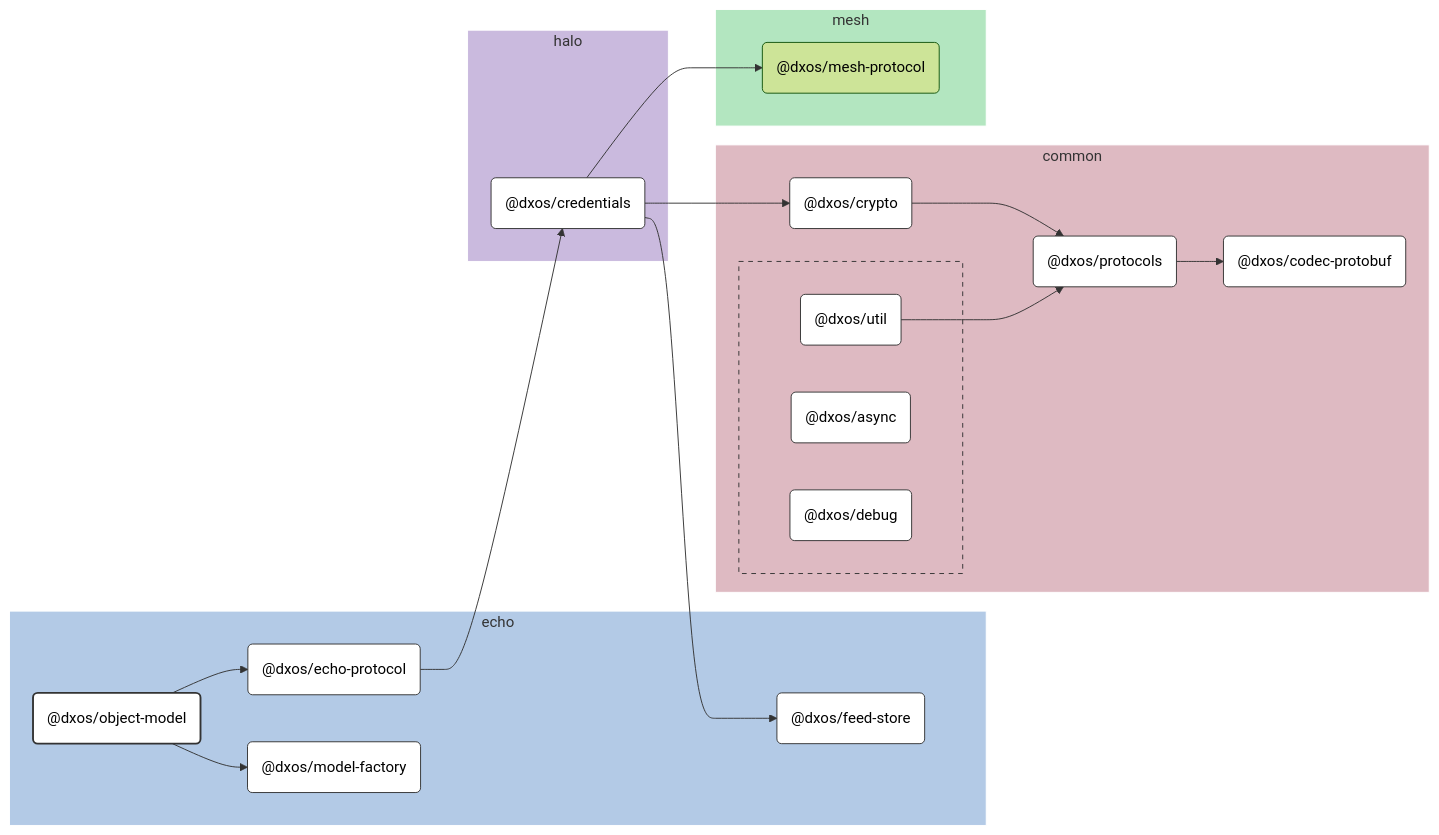
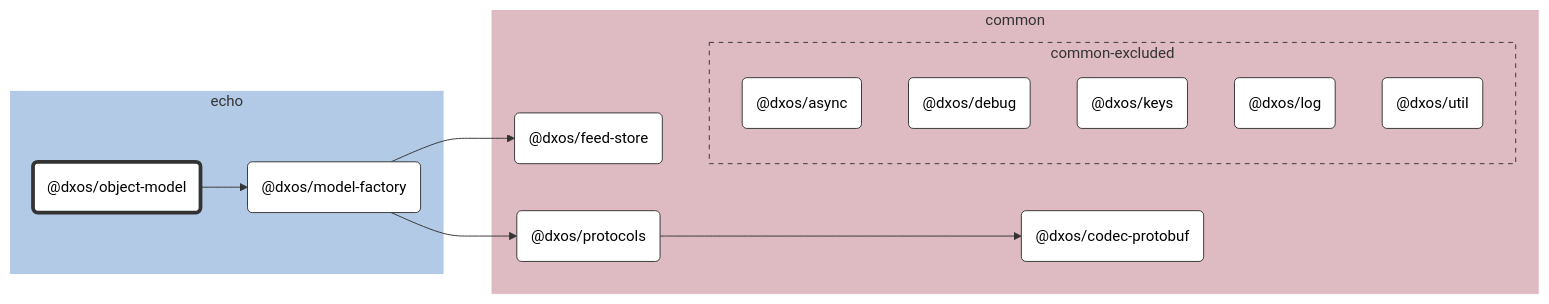
Before and after one commit to dxos/dxos: the diagram in packages/echo/object-model/docs/README.md, drawn with Mermaid (forest theme). The commit also changed other lines of this file and 683 other files, not shown here.

````diff
--- a/packages/echo/object-model/docs/README.md
+++ b/packages/echo/object-model/docs/README.md
@@ -9,83 +9,48 @@
 
 flowchart LR
 
-%% Links
-dxos/credentials --> dxos/crypto;
-dxos/credentials --> dxos/feed-store;
-dxos/credentials --> dxos/mesh-protocol;
-dxos/crypto --> dxos/protocols;
-dxos/echo-protocol --> dxos/credentials;
-dxos/object-model --> dxos/echo-protocol;
-dxos/object-model --> dxos/model-factory;
-dxos/protocols --> dxos/codec-protobuf;
-dxos/util --> dxos/protocols;
+%% Classes
+classDef def fill:#fff,stroke:#333,stroke-width:1px
+classDef root fill:#fff,stroke:#333,stroke-width:4px
 
-%% Sections
-subgraph echo
-  style echo fill:#b3cae6,stroke:#fff;
+%% Nodes
 
-  dxos/echo-protocol("@dxos/echo-protocol")
-  dxos/feed-store("@dxos/feed-store")
-  dxos/model-factory("@dxos/model-factory")
-  dxos/object-model("@dxos/object-model")
+subgraph echo [echo]
+  style echo fill:#b3cae6,stroke:#fff
+  dxos/object-model("@dxos/object-model"):::root
+  click dxos/object-model "dxos/dxos/tree/main/packages/echo/object-model/docs"
+  dxos/model-factory("@dxos/model-factory"):::def
+  click dxos/model-factory "dxos/dxos/tree/main/packages/echo/model-factory/docs"
 end
 
-subgraph common
-  style common fill:#debac2,stroke:#fff;
+subgraph common [common]
+  style common fill:#debac2,stroke:#fff
+  dxos/codec-protobuf("@dxos/codec-protobuf"):::def
+  click dxos/codec-protobuf "dxos/dxos/tree/main/packages/common/codec-protobuf/docs"
+  dxos/feed-store("@dxos/feed-store"):::def
+  click dxos/feed-store "dxos/dxos/tree/main/packages/common/feed-store/docs"
+  dxos/protocols("@dxos/protocols"):::def
+  click dxos/protocols "dxos/dxos/tree/main/packages/common/protocols/docs"
 
-  dxos/codec-protobuf("@dxos/codec-protobuf")
-  dxos/crypto("@dxos/crypto")
-  dxos/protocols("@dxos/protocols")
-
-  subgraph common-excluded [ ]
-    style common-excluded fill:#debac2,stroke:#333,stroke-dasharray:5 5;
-
-    dxos/async("@dxos/async")
-    dxos/debug("@dxos/debug")
-    dxos/util("@dxos/util")
+  subgraph common-excluded [common-excluded]
+    style common-excluded fill:#debac2,stroke:#333,stroke-dasharray:5 5
+    dxos/async("@dxos/async"):::def
+    click dxos/async "dxos/dxos/tree/main/packages/common/async/docs"
+    dxos/debug("@dxos/debug"):::def
+    click dxos/debug "dxos/dxos/tree/main/packages/common/debug/docs"
+    dxos/keys("@dxos/keys"):::def
+    click dxos/keys "dxos/dxos/tree/main/packages/common/keys/docs"
+    dxos/log("@dxos/log"):::def
+    click dxos/log "dxos/dxos/tree/main/packages/common/log/docs"
+    dxos/util("@dxos/util"):::def
+    click dxos/util "dxos/dxos/tree/main/packages/common/util/docs"
   end
 end
 
-subgraph halo
-  style halo fill:#cabade,stroke:#fff;
-
-  dxos/credentials("@dxos/credentials")
-end
-
-subgraph mesh
-  style mesh fill:#b3e6c0,stroke:#fff;
-
-  dxos/mesh-protocol("@dxos/mesh-protocol")
-end
-
-
-%% Hyperlinks
-click dxos/async "dxos/dxos/tree/main/packages/common/async/docs";
-click dxos/codec-protobuf "dxos/dxos/tree/main/packages/common/codec-protobuf/docs";
-click dxos/credentials "dxos/dxos/tree/main/packages/halo/credentials/docs";
-click dxos/crypto "dxos/dxos/tree/main/packages/common/crypto/docs";
-click dxos/debug "dxos/dxos/tree/main/packages/common/debug/docs";
-click dxos/echo-protocol "dxos/dxos/tree/main/packages/echo/echo-protocol/docs";
-click dxos/feed-store "dxos/dxos/tree/main/packages/echo/feed-store/docs";
-click dxos/model-factory "dxos/dxos/tree/main/packages/echo/model-factory/docs";
-click dxos/protocols "dxos/dxos/tree/main/packages/common/protocols/docs";
-click dxos/util "dxos/dxos/tree/main/packages/common/util/docs";
-
-%% Styles
-classDef rootNode fill:#fff,stroke:#333,stroke-width:2px
-classDef defaultNode fill:#fff,stroke:#333,stroke-width:1px
+%% Links
 linkStyle default stroke:#333,stroke-width:1px
-
-dxos/object-model:::rootNode
-
-dxos/async:::defaultNode
-dxos/codec-protobuf:::defaultNode
-dxos/credentials:::defaultNode
-dxos/crypto:::defaultNode
-dxos/debug:::defaultNode
-dxos/echo-protocol:::defaultNode
-dxos/feed-store:::defaultNode
-dxos/model-factory:::defaultNode
-dxos/protocols:::defaultNode
-dxos/util:::defaultNode
+dxos/object-model --> dxos/model-factory
+dxos/model-factory --> dxos/feed-store
+dxos/model-factory --> dxos/protocols
+dxos/protocols --> dxos/codec-protobuf
 ```
````
